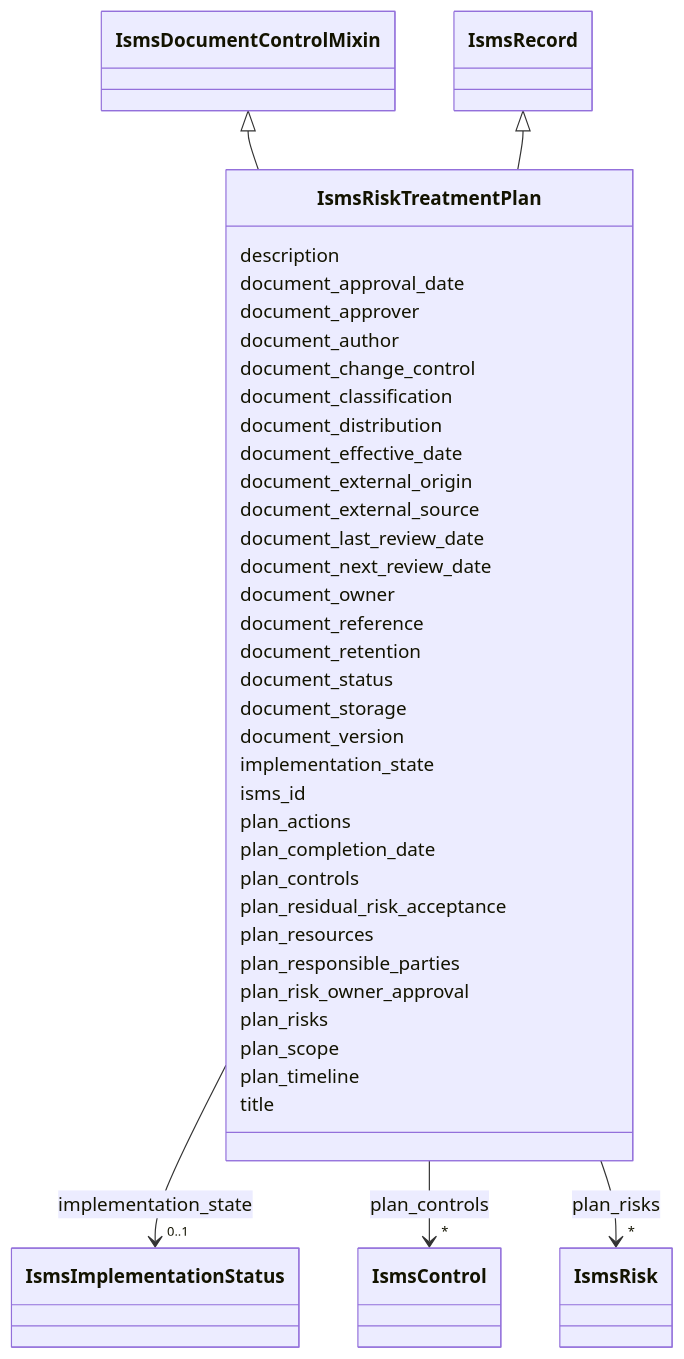
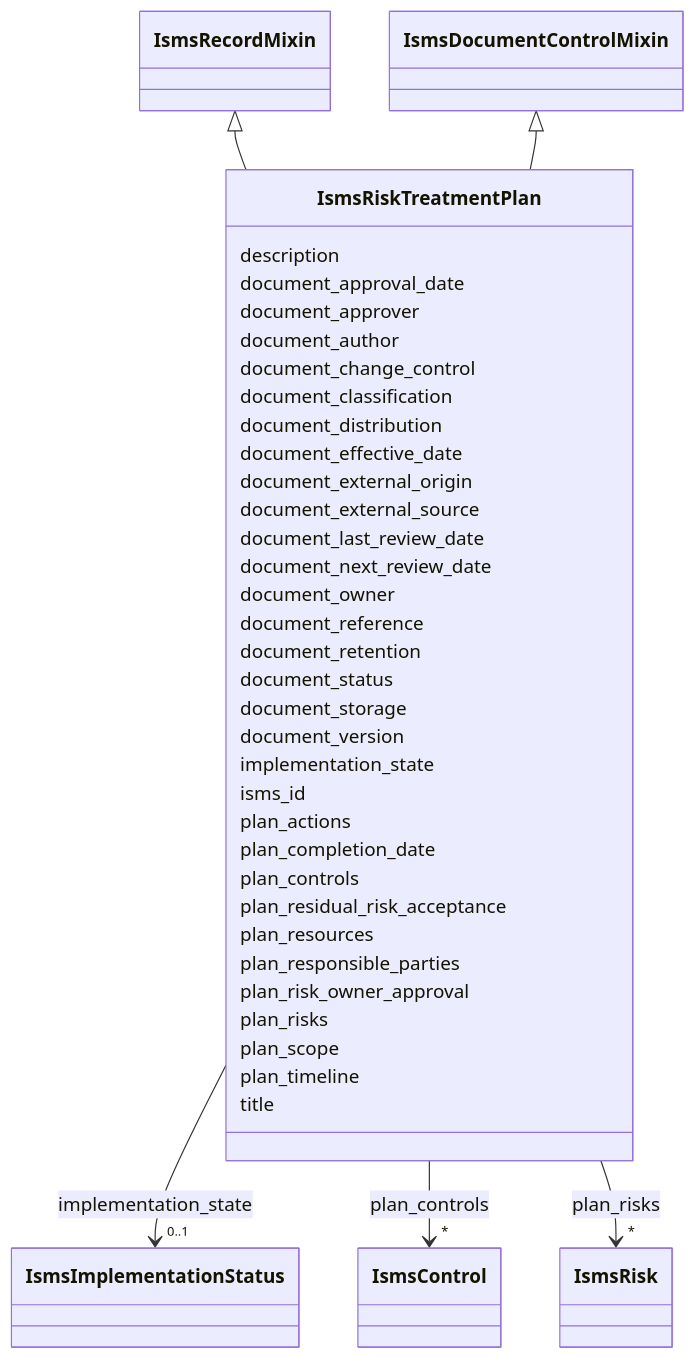
Before and after one commit to lmodel/iso27001: the diagram in project/mermaid/IsmsRiskTreatmentPlan.md, drawn with Mermaid. The commit also changed 171 other files, not shown here.

Commit message:
refactor(schema): make the record base a mixin so adapt can root records

```diff
--- a/project/mermaid/IsmsRiskTreatmentPlan.md
+++ b/project/mermaid/IsmsRiskTreatmentPlan.md
@@ -5,10 +5,10 @@
  classDiagram
     class IsmsRiskTreatmentPlan
     click IsmsRiskTreatmentPlan href "../IsmsRiskTreatmentPlan"
+      IsmsRecordMixin <|-- IsmsRiskTreatmentPlan
+        click IsmsRecordMixin href "../IsmsRecordMixin"
       IsmsDocumentControlMixin <|-- IsmsRiskTreatmentPlan
         click IsmsDocumentControlMixin href "../IsmsDocumentControlMixin"
-      IsmsRecord <|-- IsmsRiskTreatmentPlan
-        click IsmsRecord href "../IsmsRecord"
       
       IsmsRiskTreatmentPlan : description
         
```
